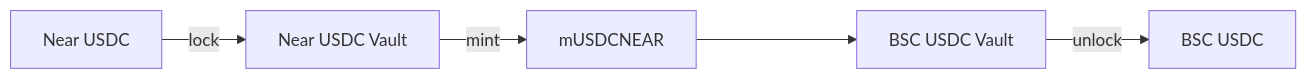
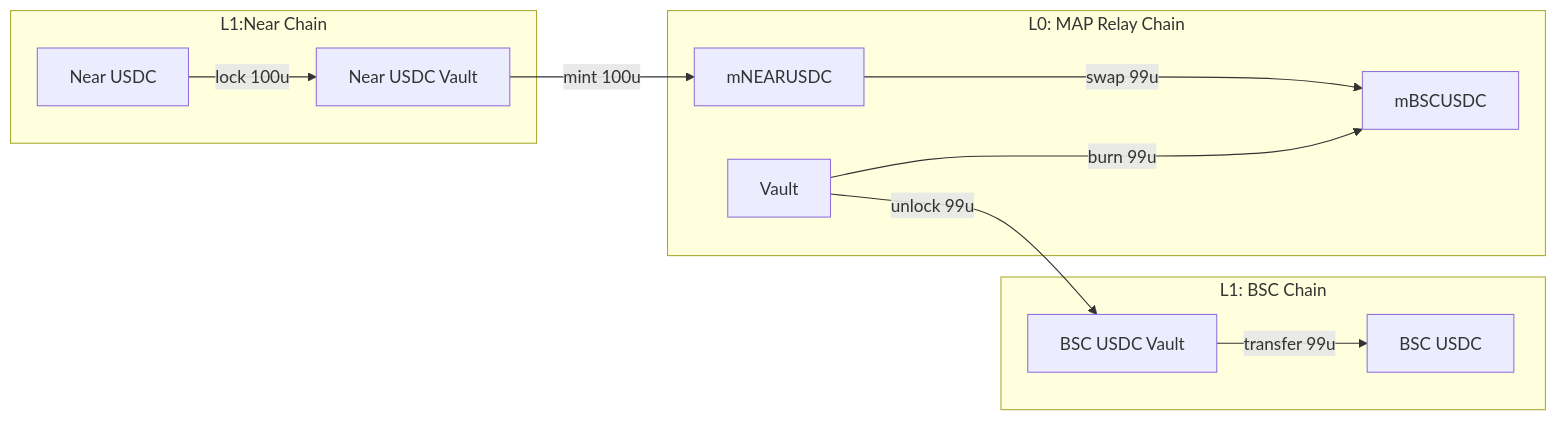
One commit to KashSpace/ACCP changed the first of 4 diagrams in ACCP20_cn.md. Above: the diagram before and after it, drawn with Mermaid. The commit also changed other lines of this file and 2 other files, not shown here.

````diff
--- a/ACCP20_cn.md
+++ b/ACCP20_cn.md
@@ -42,7 +52,15 @@
 ```mermaid
 graph LR;
-    A[Near USDC] --lock--> B[Near USDC Vault];
-    B --mint--> C[mUSDCNEAR];
-    C ----> D[BSC USDC Vault];
-    D --unlock--> E[BSC USDC];
+  subgraph near [L1:Near Chain]
+     A[Near USDC] --lock 100u--> B[Near USDC Vault];
+    end
+    B -- mint 100u --> C[mNEARUSDC];
+    subgraph mapo [L0: MAP Relay Chain]
+     C --swap 99u---> D[mBSCUSDC];
+     Vault --burn 99u---> D[mBSCUSDC];
+    end
+    Vault --unlock 99u--> E[BSC USDC Vault];
+    subgraph bsc [L1: BSC Chain]
+        E --transfer 99u--> F[BSC USDC];
+    end
 ```
````
